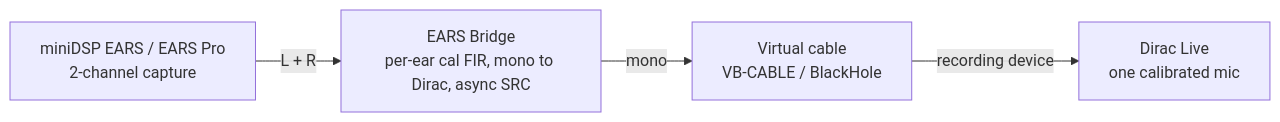
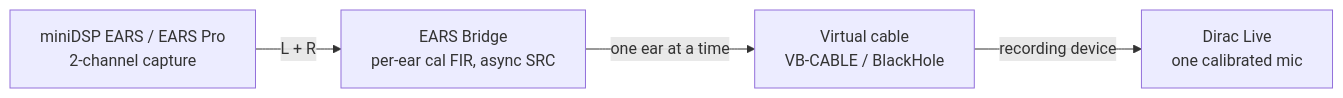
Before and after one commit to Elevatormusic/ears-bridge: the diagram in README.md, drawn with Mermaid. The commit also changed other lines of this file and 2 other files, not shown here.

First line of the commit message:
docs/site: drop the misleading "mono" framing from the top-level pitch

````diff
--- a/README.md
+++ b/README.md
@@ -21,6 +21,6 @@
 ```mermaid
 flowchart LR
-    A["miniDSP EARS / EARS Pro<br/>2-channel capture"] -->|L + R| B["EARS Bridge<br/>per-ear cal FIR, mono to Dirac, async SRC"]
-    B -->|mono| C["Virtual cable<br/>VB-CABLE / BlackHole"]
+    A["miniDSP EARS / EARS Pro<br/>2-channel capture"] -->|L + R| B["EARS Bridge<br/>per-ear cal FIR, async SRC"]
+    B -->|one ear at a time| C["Virtual cable<br/>VB-CABLE / BlackHole"]
     C -->|recording device| D["Dirac Live<br/>one calibrated mic"]
 ```
````
